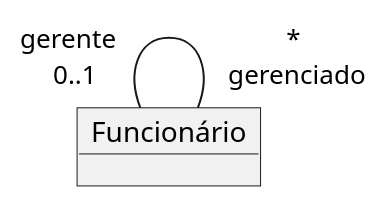
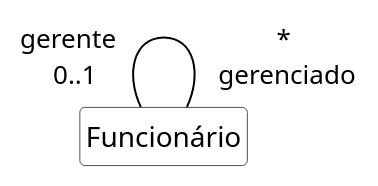
One commit to kyriosdata/oo changed the diagram in imagens/modelos-05/mod05ima09/mod05ima09.plantuml. Above: the diagram before and after it, drawn with PlantUML. The commit also changed 11 other files, not shown here.

```diff
--- a/imagens/modelos-05/mod05ima09/mod05ima09.plantuml
+++ b/imagens/modelos-05/mod05ima09/mod05ima09.plantuml
@@ -1,5 +1,14 @@
 @startuml
-object "Funcionário" as fu 
+hide circle
+hide methods
+hide empty members
+
+skinparam class {
+    BackgroundColor White
+    ArrowColor Black
+    BorderColor #505050
+}
+class "Funcionário" as fu 
 left to right direction
 fu "gerente \n 0..1"--- " * \n gerenciado" fu
 @enduml
```
